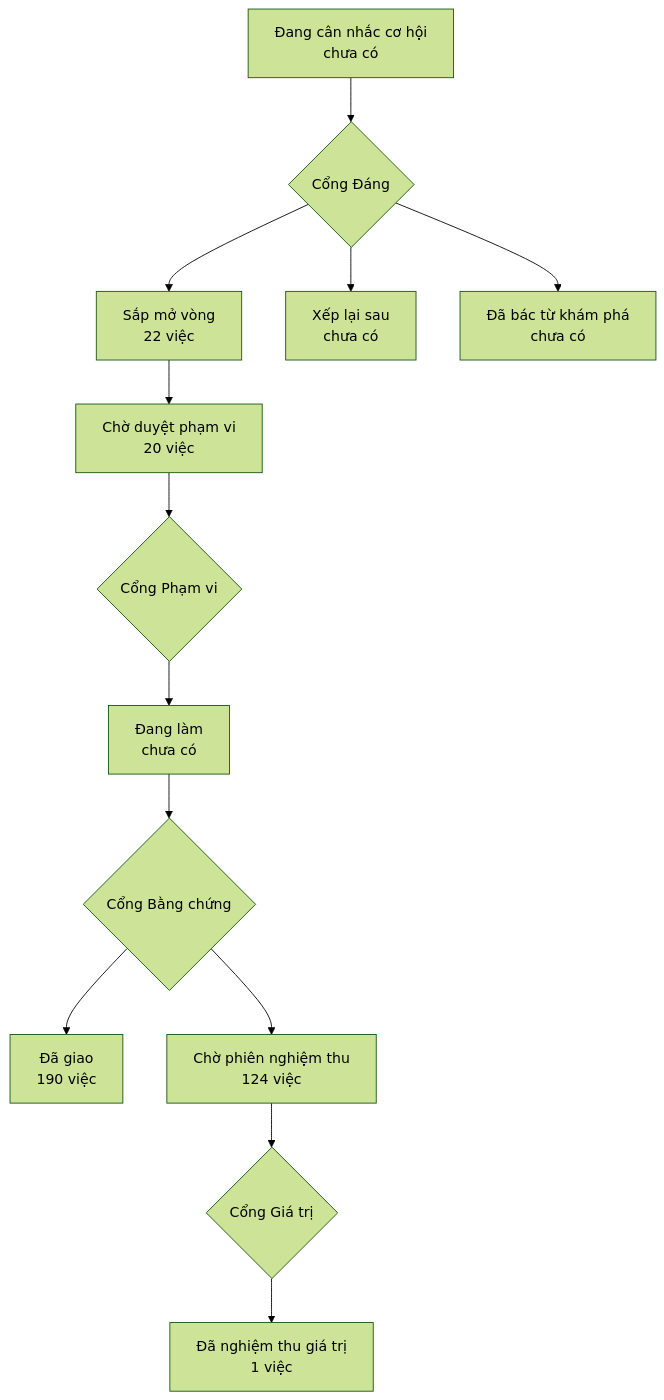
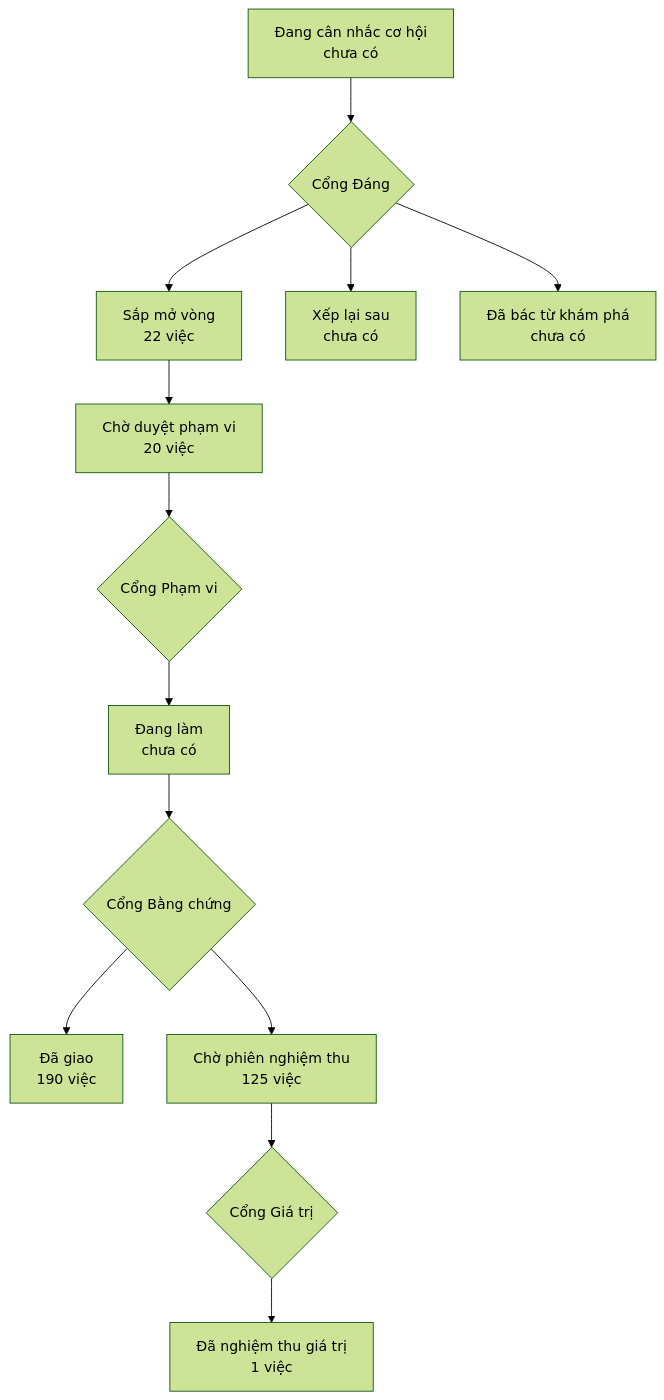
Before and after one commit to phanlemanh/onehub-invest: the diagram in PRODUCT-MAP.md, drawn with Mermaid (forest theme). The commit also changed other lines of this file and 1 other file, not shown here.

Commit message:
docs: sinh lại bản đồ sản phẩm và lộ trình sau khi gộp main

````diff
--- a/PRODUCT-MAP.md
+++ b/PRODUCT-MAP.md
@@ -7,12 +7,12 @@
 ```mermaid
 flowchart TD
   A["Đang cân nhắc cơ hội<br/>chưa có"] --> GD{"Cổng Đáng"}
   GD --> B["Sắp mở vòng<br/>22 việc"]
   GD --> XL["Xếp lại sau<br/>chưa có"]
   GD --> DB["Đã bác từ khám phá<br/>chưa có"]
   B --> CD["Chờ duyệt phạm vi<br/>20 việc"] --> GP{"Cổng Phạm vi"}
   GP --> DL["Đang làm<br/>chưa có"] --> GB{"Cổng Bằng chứng"}
   GB --> DG["Đã giao<br/>190 việc"]
-  GB --> CN["Chờ phiên nghiệm thu<br/>124 việc"] --> GG{"Cổng Giá trị"}
+  GB --> CN["Chờ phiên nghiệm thu<br/>125 việc"] --> GG{"Cổng Giá trị"}
   GG --> NT["Đã nghiệm thu giá trị<br/>1 việc"]
 ```
````
